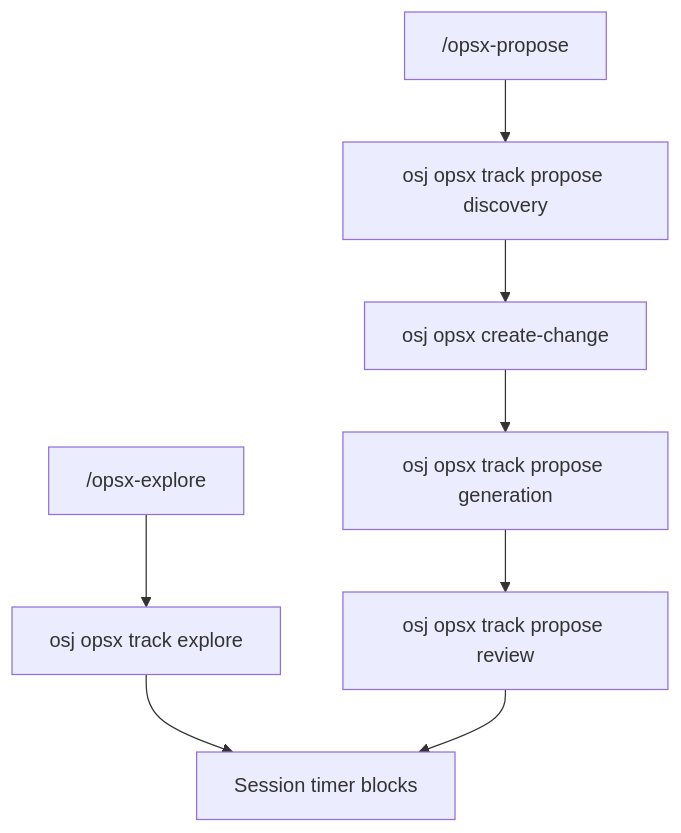
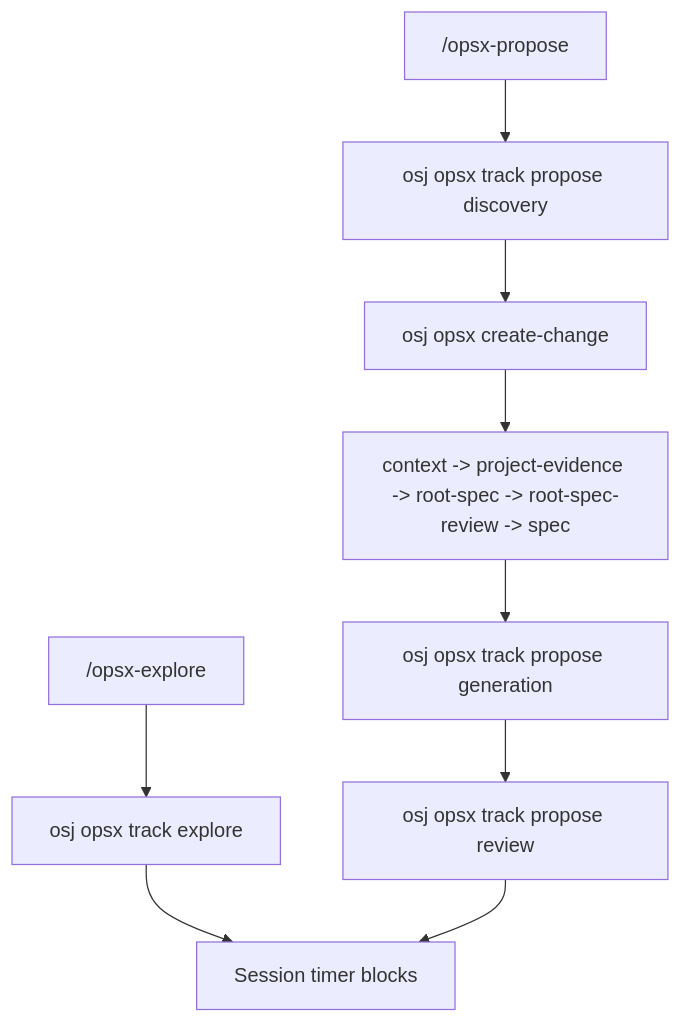
Before and after one commit to embrana/AutomateIA: the second of 3 diagrams in docs/agentic-runtime/ARCHITECTURE.md, drawn with Mermaid. The commit also changed other lines of this file and 27 other files, not shown here.

````diff
--- a/docs/agentic-runtime/ARCHITECTURE.md
+++ b/docs/agentic-runtime/ARCHITECTURE.md
@@ -149,10 +173,11 @@
 ```mermaid
 flowchart TD
     A["/opsx-explore"] --> B["osj opsx track explore"]
     C["/opsx-propose"] --> D["osj opsx track propose discovery"]
     D --> E["osj opsx create-change"]
-    E --> F["osj opsx track propose generation"]
-    F --> G["osj opsx track propose review"]
-    B --> H["Session timer blocks"]
-    G --> H
+    E --> F["context -> project-evidence -> root-spec -> root-spec-review -> spec"]
+    F --> G["osj opsx track propose generation"]
+    G --> H["osj opsx track propose review"]
+    B --> I["Session timer blocks"]
+    H --> I
 ```
````
